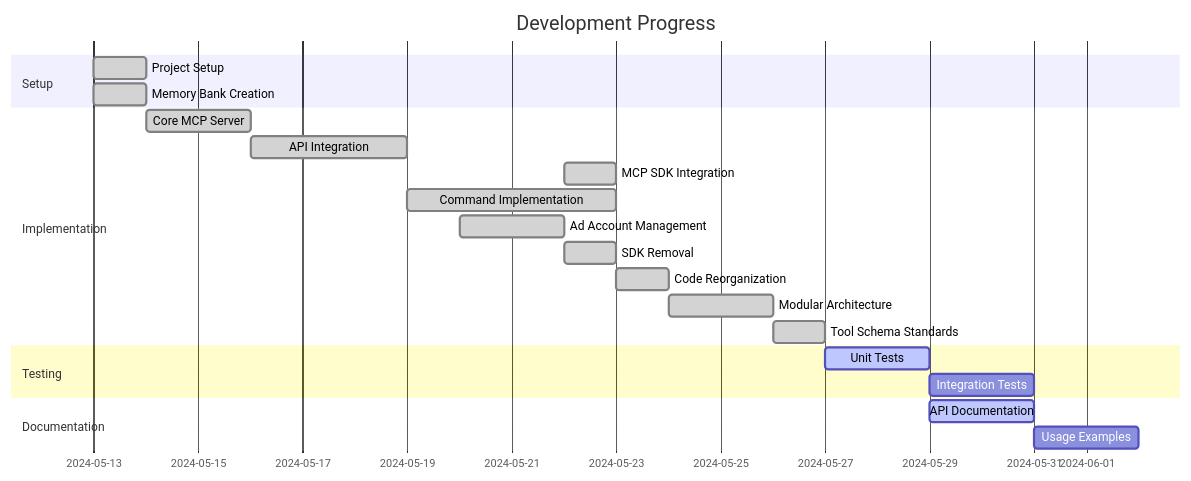
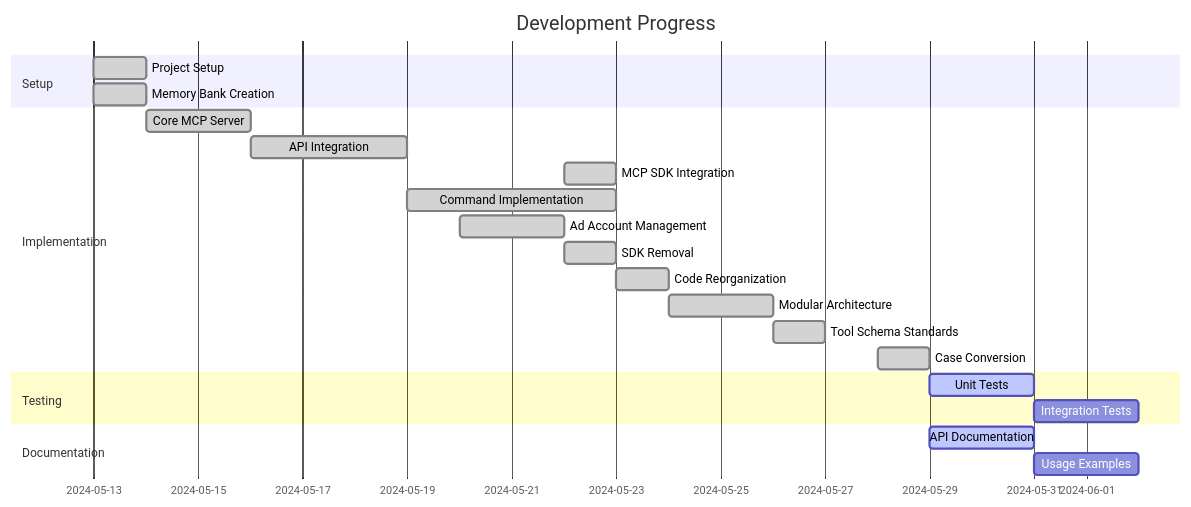
One commit to hafidsousa/meta-mcp changed the diagram in memory-bank/activeContext.md. Above: the diagram before and after it, drawn with Mermaid. The commit also changed other lines of this file and 8 other files, not shown here.

First line of the commit message:
feat: Implement case conversion for API compatibility using humps library

````diff
--- a/memory-bank/activeContext.md
+++ b/memory-bank/activeContext.md
@@ -299,24 +78,25 @@
 ```mermaid
 gantt
     title Development Progress
     dateFormat  YYYY-MM-DD
     section Setup
     Project Setup           :done, 2024-05-13, 1d
     Memory Bank Creation    :done, 2024-05-13, 1d
     section Implementation
     Core MCP Server        :done, 2024-05-14, 2d
     API Integration        :done, 2024-05-16, 3d
     MCP SDK Integration    :done, 2024-05-22, 1d
     Command Implementation :done, 2024-05-19, 4d
     Ad Account Management  :done, 2024-05-20, 2d
     SDK Removal            :done, 2024-05-22, 1d
     Code Reorganization    :done, 2024-05-23, 1d
     Modular Architecture   :done, 2024-05-24, 2d
     Tool Schema Standards  :done, 2024-05-26, 1d
+    Case Conversion        :done, 2024-05-28, 1d
     section Testing
-    Unit Tests            :active, 2024-05-27, 2d
-    Integration Tests     :2024-05-29, 2d
+    Unit Tests            :active, 2024-05-29, 2d
+    Integration Tests     :2024-05-31, 2d
     section Documentation
     API Documentation     :active, 2024-05-29, 2d
     Usage Examples        :2024-05-31, 2d
 ```
````
